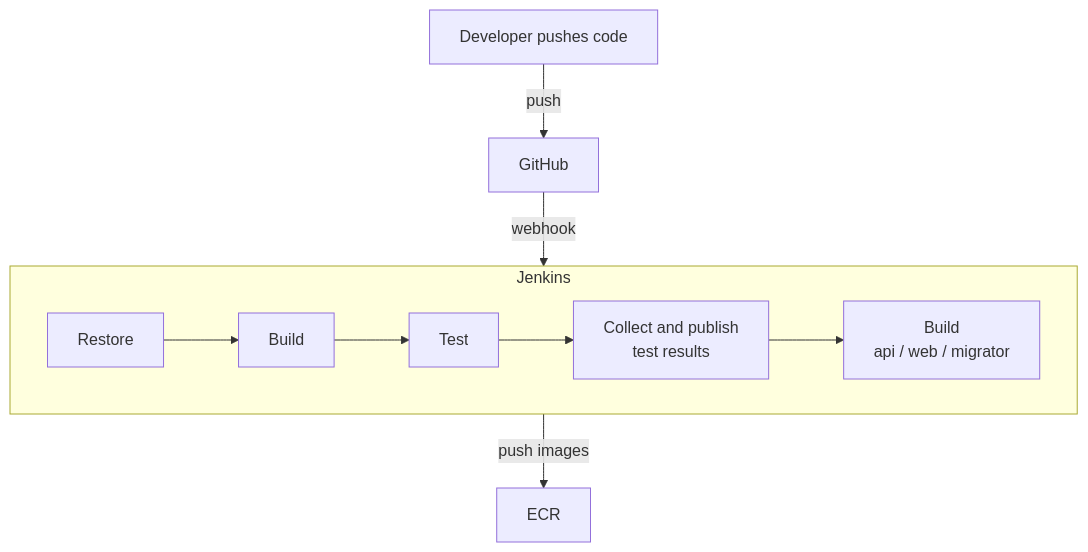
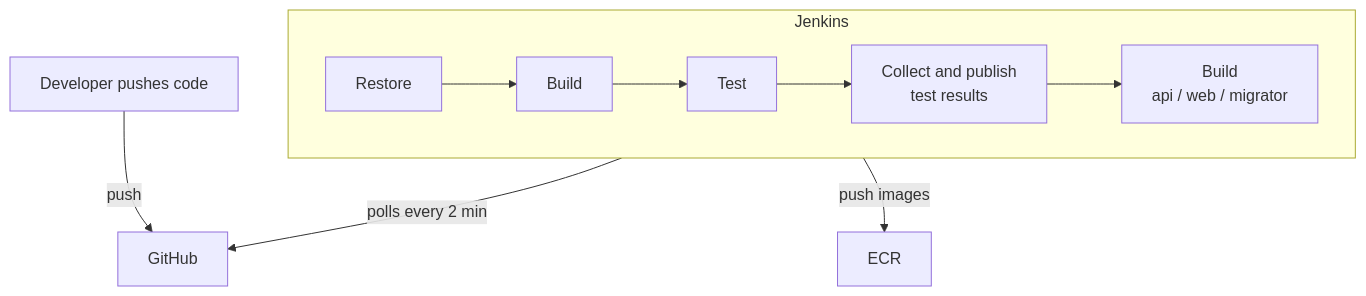
Before and after one commit to tuannamtruong/Gaku: the first of 2 diagrams in docs/cicd-workflow-aws.md, drawn with Mermaid. The commit also changed 5 other files, not shown here.

Commit message:
Change GitHub webhook to Jenkins to SCM pooling. Reduce infrastructure change, so GitHub can communicate with Jenkins. No whitelist github's ip for ingress is needed.

````diff
--- a/docs/cicd-workflow-aws.md
+++ b/docs/cicd-workflow-aws.md
@@ -10,22 +10,22 @@
 ```mermaid
 flowchart TD
     Dev["Developer pushes code"]
     GH["GitHub"]
     ECR["ECR"]
 
     subgraph Jenkins["Jenkins"]
         Restore["Restore"]
         Build["Build"]
         Test["Test"]
         Copy["Collect and publish\ntest results"]
         DB["Build\napi / web / migrator"]
     end
 
     Dev -->|push| GH
-    GH -->|webhook| Jenkins
+    Jenkins -->|polls every 2 min| GH
     Restore --> Build 
     Build --> Test
     Test --> Copy
     Copy --> DB
     Jenkins --> |push images| ECR
 ```
````
